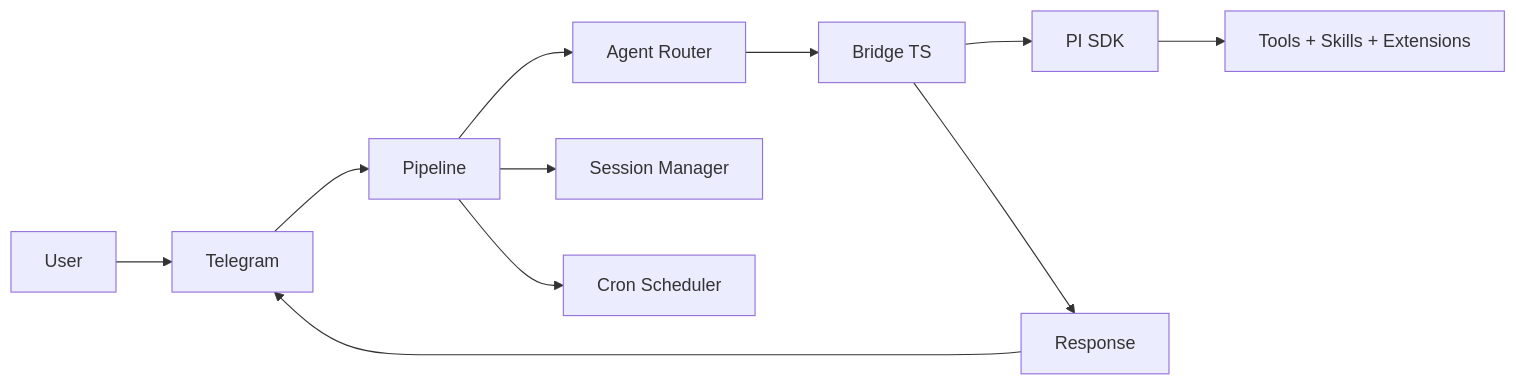
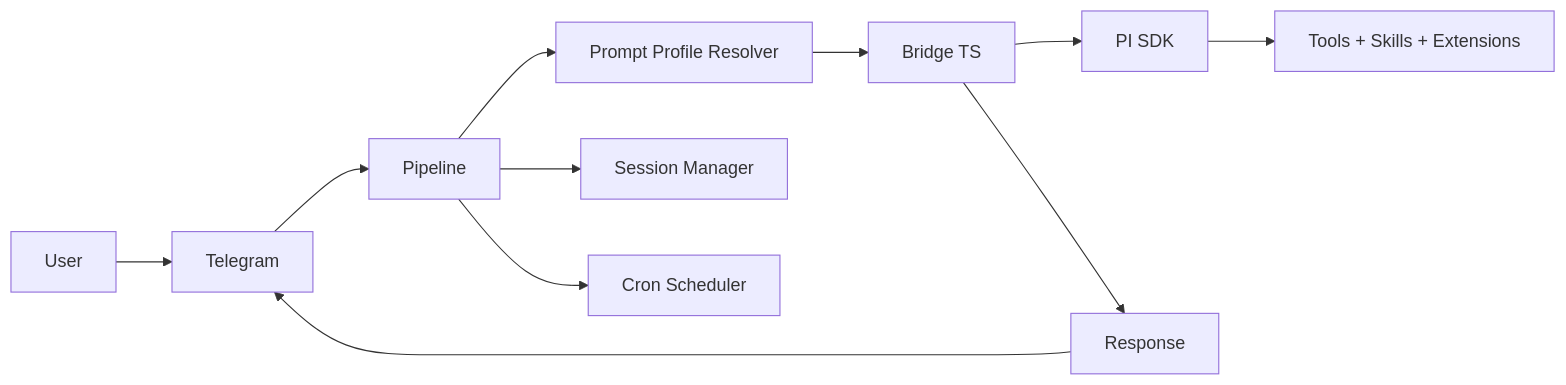
The diagram in README.md (igormaneschy/aurelia), drawn with Mermaid before and after one commit. The commit also changed other lines of this file and 12 other files, not shown here.

````diff
--- a/README.md
+++ b/README.md
@@ -132,13 +133,13 @@
 ```mermaid
 flowchart LR
     U[User] --> T[Telegram]
     T --> P[Pipeline]
-    P --> R[Agent Router]
+    P --> R[Prompt Profile Resolver]
     R --> B[Bridge TS]
     B --> SDK[PI SDK]
     SDK --> TOOLS[Tools + Skills + Extensions]
     P --> SESS[Session Manager]
     P --> CRON[Cron Scheduler]
     B --> RES[Response]
     RES --> T
 ```
````
